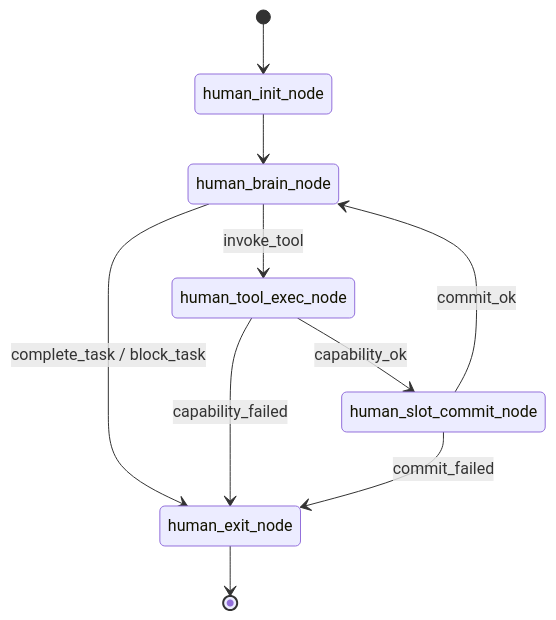
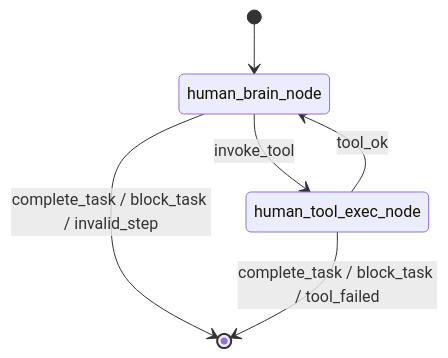
Before and after one commit to Yoan98/Ncurator: the third of 3 diagrams in doc/ai-architecture.md, drawn with Mermaid. The commit also changed other lines of this file and 26 other files, not shown here.

First line of the commit message:
Refactor AI Node Structure: Remove Slot Commit and Human Init Nodes, Simplify Tool Execution Flow

````diff
--- a/doc/ai-architecture.md
+++ b/doc/ai-architecture.md
@@ -80,12 +78,8 @@
 ```mermaid
 stateDiagram-v2
-  [*] --> human_init_node
-  human_init_node --> human_brain_node
+  [*] --> human_brain_node
   human_brain_node --> human_tool_exec_node: invoke_tool
-  human_brain_node --> human_exit_node: complete_task / block_task
-  human_tool_exec_node --> human_slot_commit_node: capability_ok
-  human_tool_exec_node --> human_exit_node: capability_failed
-  human_slot_commit_node --> human_brain_node: commit_ok
-  human_slot_commit_node --> human_exit_node: commit_failed
-  human_exit_node --> [*]
+  human_brain_node --> [*]: complete_task / block_task / invalid_step
+  human_tool_exec_node --> human_brain_node: tool_ok
+  human_tool_exec_node --> [*]: complete_task / block_task / tool_failed
 ```
````
